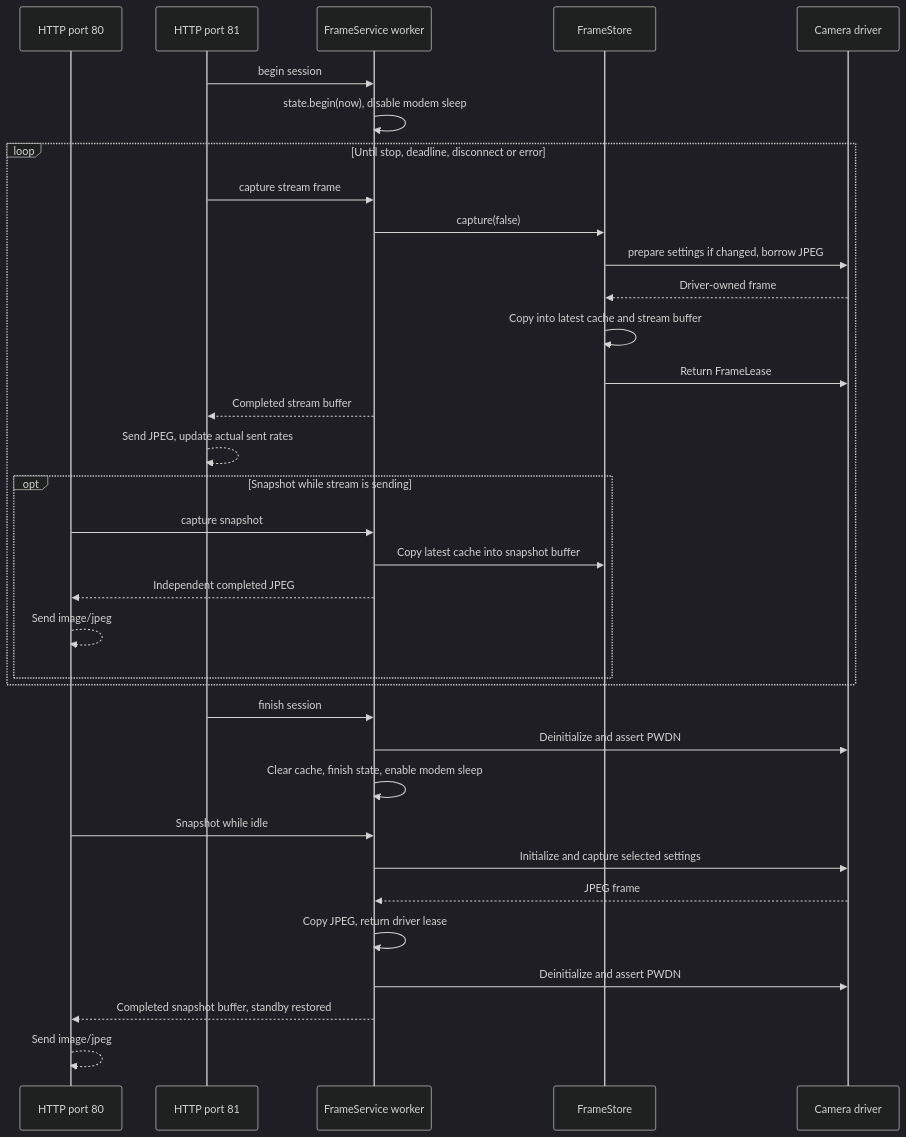
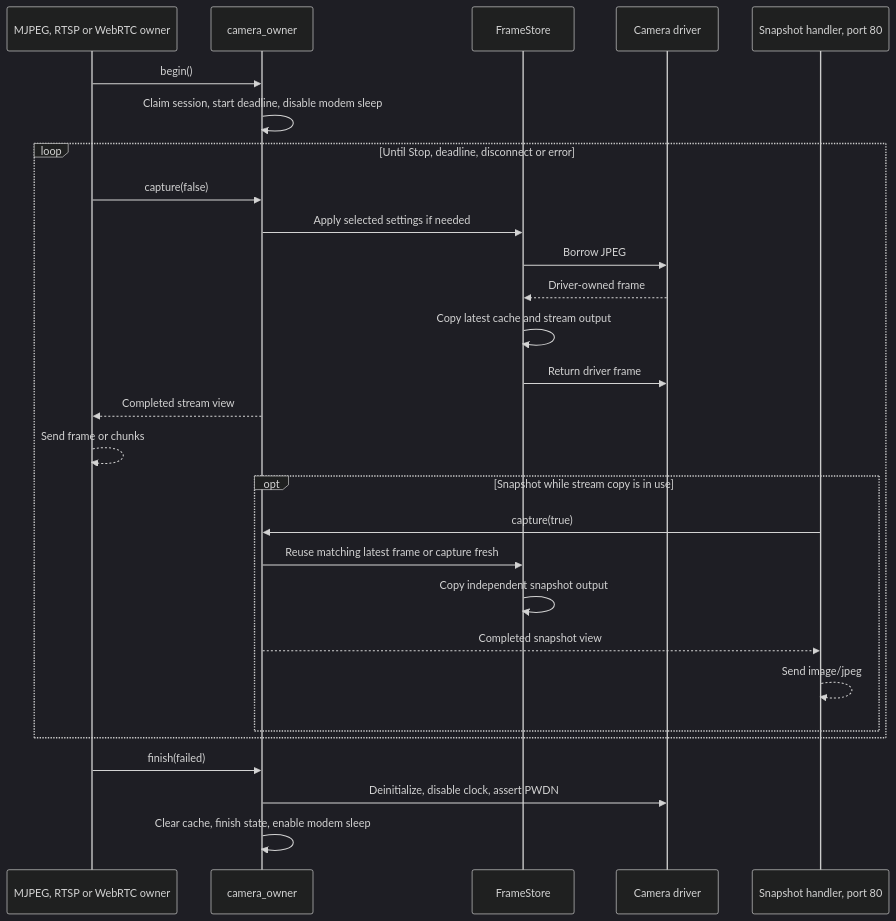
One commit to dm1ar/ESP32-CAM changed the second of 4 diagrams in docs/ARCHITECTURE.md. Above: the diagram before and after it, drawn with Mermaid (dark theme). The commit also changed other lines of this file and 1 other file, not shown here.

Commit message:
docs: prepare README and architecture for publication

````diff
--- a/docs/ARCHITECTURE.md
+++ b/docs/ARCHITECTURE.md
@@ -227,36 +165,30 @@
 ```mermaid
 sequenceDiagram
-    participant Page as HTTP port 80
-    participant Stream as HTTP port 81
-    participant Worker as FrameService worker
+    participant Video as MJPEG, RTSP or WebRTC owner
+    participant Worker as camera_owner
     participant Store as FrameStore
     participant Driver as Camera driver
-    Stream->>Worker: begin session
-    Worker->>Worker: state.begin(now), disable modem sleep
-    loop Until stop, deadline, disconnect or error
-        Stream->>Worker: capture stream frame
-        Worker->>Store: capture(false)
-        Store->>Driver: prepare settings if changed, borrow JPEG
+    participant HTTP as Snapshot handler, port 80
+    Video->>Worker: begin()
+    Worker->>Worker: Claim session, start deadline, disable modem sleep
+    loop Until Stop, deadline, disconnect or error
+        Video->>Worker: capture(false)
+        Worker->>Store: Apply selected settings if needed
+        Store->>Driver: Borrow JPEG
         Driver-->>Store: Driver-owned frame
-        Store->>Store: Copy into latest cache and stream buffer
-        Store->>Driver: Return FrameLease
-        Worker-->>Stream: Completed stream buffer
-        Stream-->>Stream: Send JPEG, update actual sent rates
-        opt Snapshot while stream is sending
-            Page->>Worker: capture snapshot
-            Worker->>Store: Copy latest cache into snapshot buffer
-            Worker-->>Page: Independent completed JPEG
-            Page-->>Page: Send image/jpeg
+        Store->>Store: Copy latest cache and stream output
+        Store->>Driver: Return driver frame
+        Worker-->>Video: Completed stream view
+        Video-->>Video: Send frame or chunks
+        opt Snapshot while stream copy is in use
+            HTTP->>Worker: capture(true)
+            Worker->>Store: Reuse matching latest frame or capture fresh
+            Store->>Store: Copy independent snapshot output
+            Worker-->>HTTP: Completed snapshot view
+            HTTP-->>HTTP: Send image/jpeg
         end
     end
-    Stream->>Worker: finish session
-    Worker->>Driver: Deinitialize and assert PWDN
+    Video->>Worker: finish(failed)
+    Worker->>Driver: Deinitialize, disable clock, assert PWDN
     Worker->>Worker: Clear cache, finish state, enable modem sleep
-    Page->>Worker: Snapshot while idle
-    Worker->>Driver: Initialize and capture selected settings
-    Driver-->>Worker: JPEG frame
-    Worker->>Worker: Copy JPEG, return driver lease
-    Worker->>Driver: Deinitialize and assert PWDN
-    Worker-->>Page: Completed snapshot buffer, standby restored
-    Page-->>Page: Send image/jpeg
 ```
````
